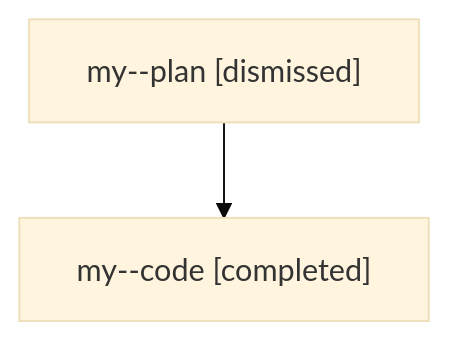
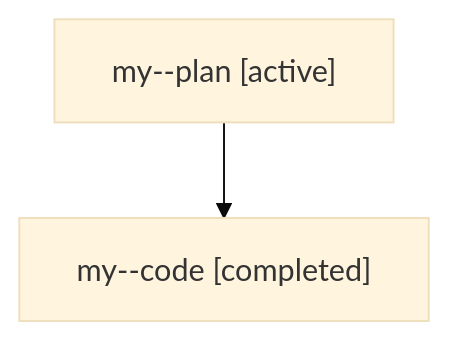
One commit to sase-org/sase--agents changed the diagram in families/bbugyi200.athena.my.md. Above: the diagram before and after it, drawn with Mermaid (base theme). The commit also changed other lines of this file and 5813 other files, not shown here.

````diff
--- a/families/bbugyi200.athena.my.md
+++ b/families/bbugyi200.athena.my.md
@@ -9,6 +9,6 @@
 ```mermaid
 flowchart TD
-  n0["my--plan [dismissed]"]
+  n0["my--plan [active]"]
   n1["my--code [completed]"]
   n0 --> n1
 ```
````
